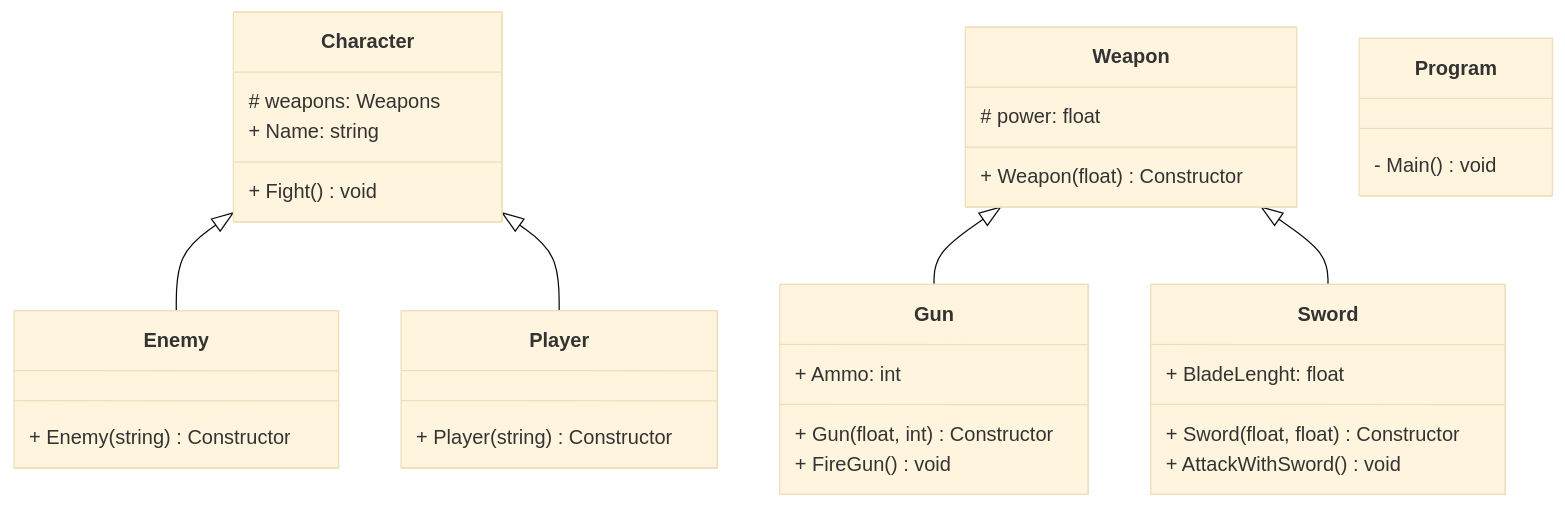
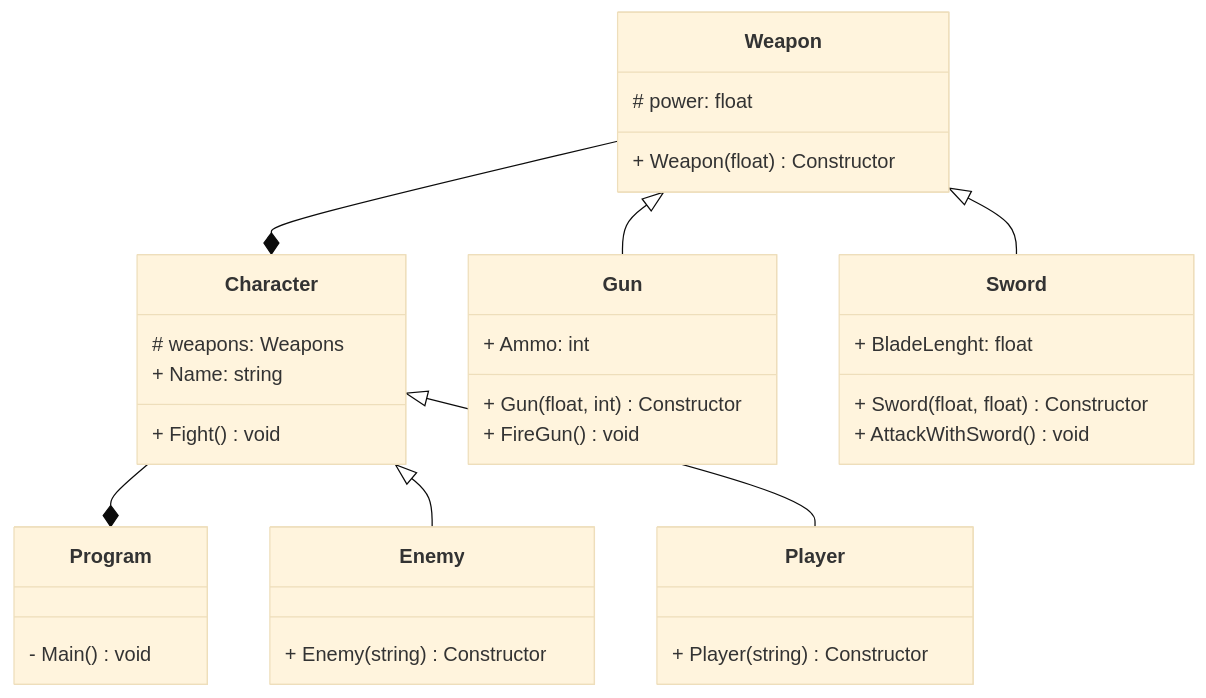
One commit to AndreSebastiao/LP1Semana07 changed the diagram in README.md. Above: the diagram before and after it, drawn with Mermaid (base theme).

````diff
--- a/README.md
+++ b/README.md
@@ -3,44 +3,47 @@
 ```mermaid
 
 classDiagram
+
+    Character --* Program
+    Weapon --* Character
 
     Character <|-- Enemy
     Character <|-- Player
     Weapon <|-- Gun
     Weapon <|-- Sword
 
     class Program{
        - Main() void
     }
 
     class Character{
         # weapons: Weapons
         + Name: string
         + Fight() void
     }
 
     class Player{
         + Player(string) Constructor
     }
 
     class Enemy{
         + Enemy(string) Constructor
     }
 
     class Weapon{
         # power: float
         + Weapon(float) Constructor
     }
 
     class Sword{
         + BladeLenght: float
         + Sword(float, float) Constructor
         + AttackWithSword() void
     }
 
     class Gun{
         + Ammo: int
         + Gun(float, int) Constructor
         + FireGun() void
     }
 ```
````
